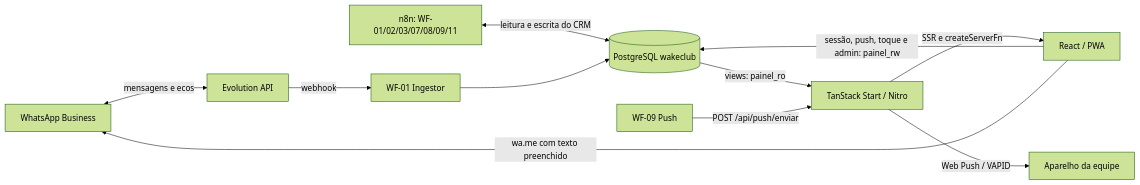
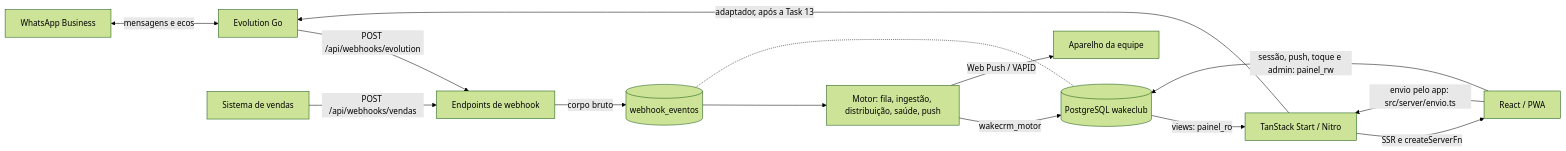
The first of 2 diagrams in docs/architecture.md (felip2ee/dash-wakeclub-crm-wpp), drawn with Mermaid (forest theme) before and after one commit. The commit also changed other lines of this file and 93 other files, not shown here.

First line of the commit message:
feat: WakeCRM fase 1 — motor próprio no lugar do n8n

````diff
--- a/docs/architecture.md
+++ b/docs/architecture.md
@@ -34,13 +38,16 @@
 ```mermaid
 flowchart LR
-  WA[WhatsApp Business] <-->|mensagens e ecos| EV[Evolution API]
-  EV -->|webhook| WF01[WF-01 Ingestor]
-  N8N[n8n: WF-01/02/03/07/08/09/11] <-->|leitura e escrita do CRM| PG[(PostgreSQL wakeclub)]
-  WF01 --> PG
+  WA[WhatsApp Business] <-->|mensagens e ecos| EV[Evolution Go]
+  EV -->|POST /api/webhooks/evolution| WH[Endpoints de webhook]
+  VEN[Sistema de vendas] -->|POST /api/webhooks/vendas| WH
+  WH -->|corpo bruto| FILA[(webhook_eventos)]
+  FILA --> MOTOR[Motor: fila, ingestão, distribuição, saúde, push]
+  MOTOR -->|wakecrm_motor| PG[(PostgreSQL wakeclub)]
+  FILA -.- PG
   PG -->|views: painel_ro| SERVER[TanStack Start / Nitro]
   SERVER -->|SSR e createServerFn| WEB[React / PWA]
   WEB -->|sessão, push, toque e admin: painel_rw| PG
-  WEB -->|wa.me com texto preenchido| WA
-  WF09[WF-09 Push] -->|POST /api/push/enviar| SERVER
-  SERVER -->|Web Push / VAPID| DEVICE[Aparelho da equipe]
+  WEB -->|envio pelo app: src/server/envio.ts| SERVER
+  SERVER -->|adaptador, após a Task 13| EV
+  MOTOR -->|Web Push / VAPID| DEVICE[Aparelho da equipe]
 ```
````
